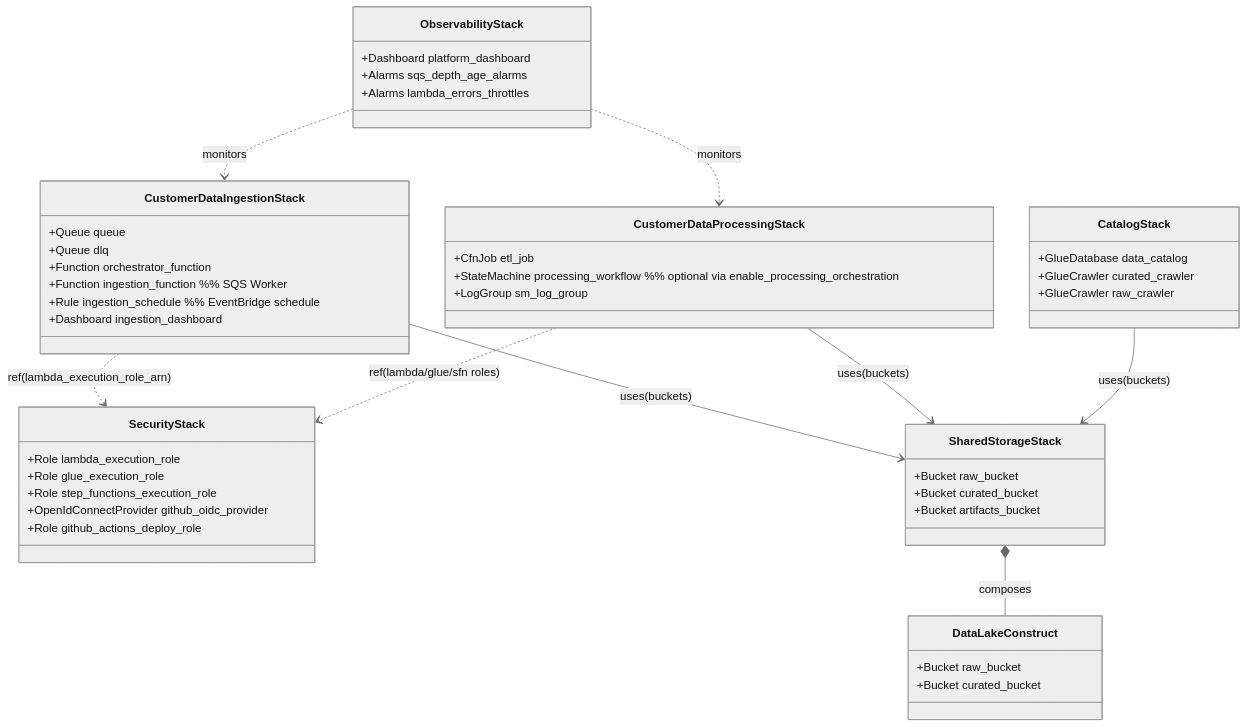
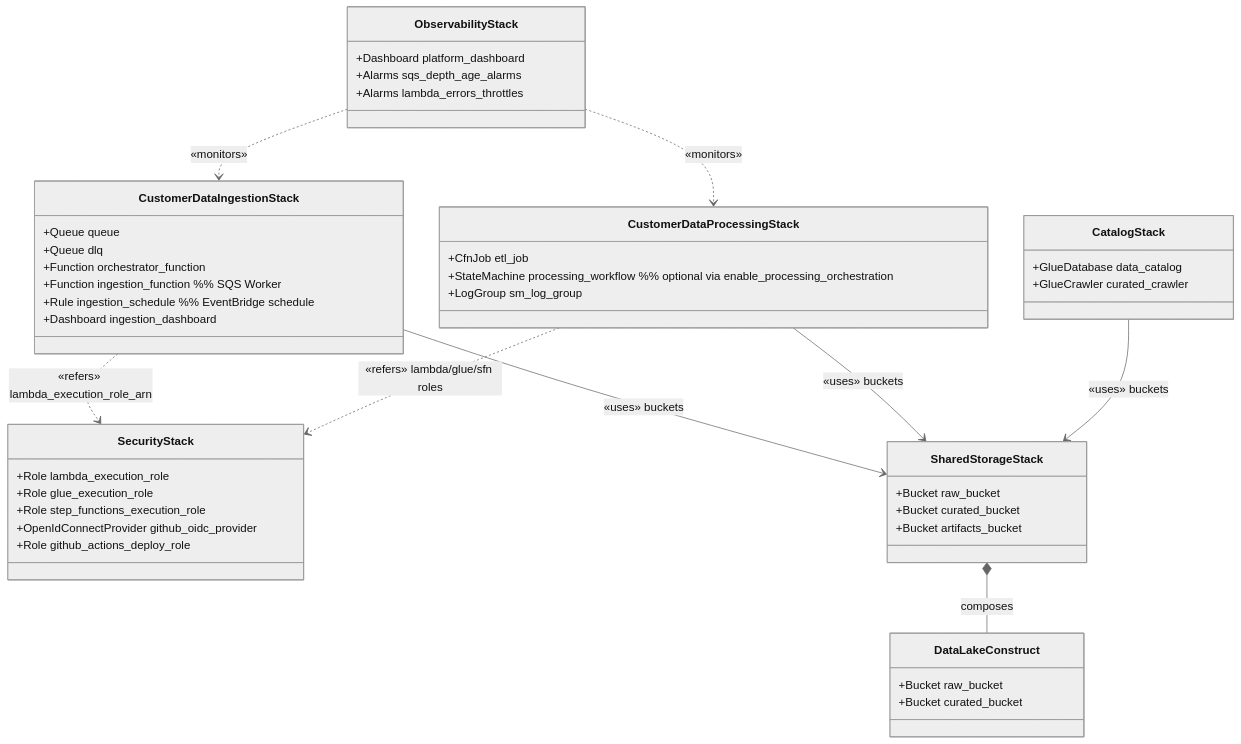
Before and after one commit to keemgdeok/fin-forge-pipeline: the diagram in docs/diagrams/infrastructure/01-cdk-classes.md, drawn with Mermaid (neutral theme).

Commit message:
docs(infra): 클래스 다이어그램 정제(«uses»/«refers»/«monitors» 스테레오타입 적용) 및 CatalogStack 최신화(curated_crawler만 표기)

````diff
--- a/docs/diagrams/infrastructure/01-cdk-classes.md
+++ b/docs/diagrams/infrastructure/01-cdk-classes.md
@@ -1,66 +1,65 @@
 ```mermaid
 classDiagram
   %% Core security stack
   class SecurityStack {
     +Role lambda_execution_role
     +Role glue_execution_role
     +Role step_functions_execution_role
     +OpenIdConnectProvider github_oidc_provider
     +Role github_actions_deploy_role
   }
 
   %% Shared storage (Data Lake)
   class SharedStorageStack {
     +Bucket raw_bucket
     +Bucket curated_bucket
     +Bucket artifacts_bucket
   }
 
   class DataLakeConstruct {
     +Bucket raw_bucket
     +Bucket curated_bucket
   }
 
   %% Extract pipeline (fan-out ingestion)
   class CustomerDataIngestionStack {
     +Queue queue
     +Queue dlq
     +Function orchestrator_function
     +Function ingestion_function  %% SQS Worker
     +Rule ingestion_schedule       %% EventBridge schedule
     +Dashboard ingestion_dashboard
   }
 
   %% Transform pipeline (processing/orchestration)
   class CustomerDataProcessingStack {
     +CfnJob etl_job
     +StateMachine processing_workflow  %% optional via enable_processing_orchestration
     +LogGroup sm_log_group
   }
 
   %% Platform/Observability & Governance
   class ObservabilityStack {
     +Dashboard platform_dashboard
     +Alarms sqs_depth_age_alarms
     +Alarms lambda_errors_throttles
   }
 
   class CatalogStack {
     +GlueDatabase data_catalog
     +GlueCrawler curated_crawler
-    +GlueCrawler raw_crawler
   }
 
   %% Relationships
   SharedStorageStack *-- DataLakeConstruct : composes
 
-  CustomerDataIngestionStack --> SharedStorageStack : uses(buckets)
-  CustomerDataProcessingStack --> SharedStorageStack : uses(buckets)
-  CatalogStack --> SharedStorageStack : uses(buckets)
+  CustomerDataIngestionStack --> SharedStorageStack : «uses» buckets
+  CustomerDataProcessingStack --> SharedStorageStack : «uses» buckets
+  CatalogStack --> SharedStorageStack : «uses» buckets
 
-  CustomerDataIngestionStack ..> SecurityStack : ref(lambda_execution_role_arn)
-  CustomerDataProcessingStack ..> SecurityStack : ref(lambda/glue/sfn roles)
-  ObservabilityStack ..> CustomerDataIngestionStack : monitors
-  ObservabilityStack ..> CustomerDataProcessingStack : monitors
+  CustomerDataIngestionStack ..> SecurityStack : «refers» lambda_execution_role_arn
+  CustomerDataProcessingStack ..> SecurityStack : «refers» lambda/glue/sfn roles
+  ObservabilityStack ..> CustomerDataIngestionStack : «monitors»
+  ObservabilityStack ..> CustomerDataProcessingStack : «monitors»
 
 ```
````
